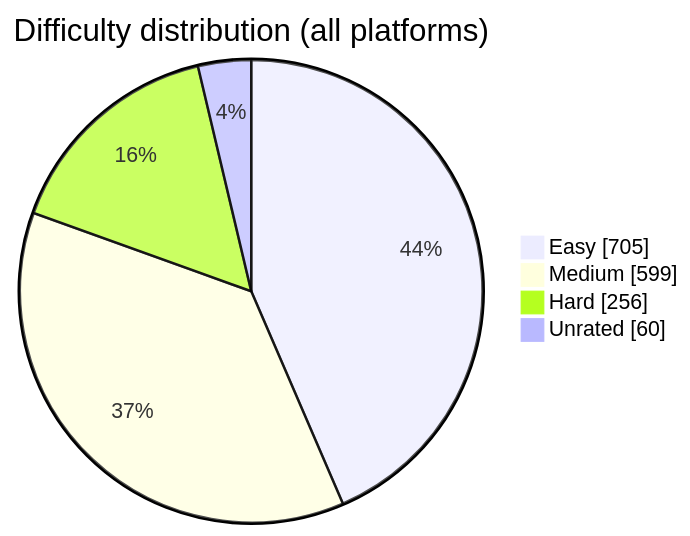
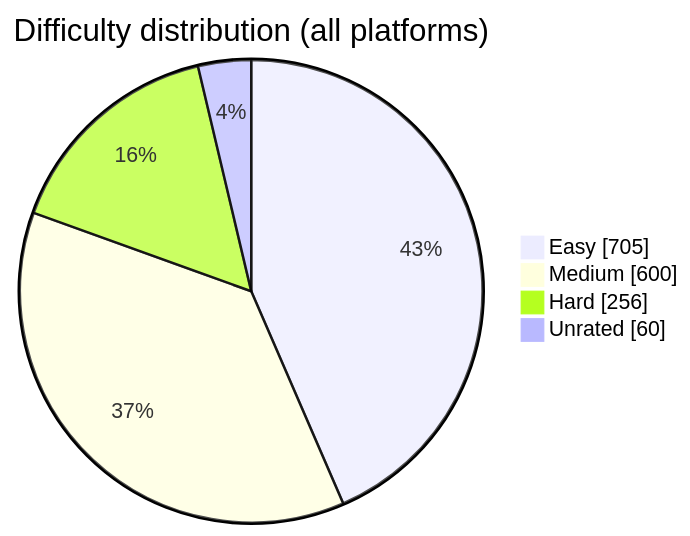
Before and after one commit to BuildbyArindam/Daily-Coding-Log: the diagram in README.md, drawn with Mermaid. The commit also changed other lines of this file, not shown here.

````diff
--- a/README.md
+++ b/README.md
@@ -93,7 +93,7 @@
 ```mermaid
 pie showData title Difficulty distribution (all platforms)
     "Easy" : 705
-    "Medium" : 599
+    "Medium" : 600
     "Hard" : 256
     "Unrated" : 60
 ```
````
